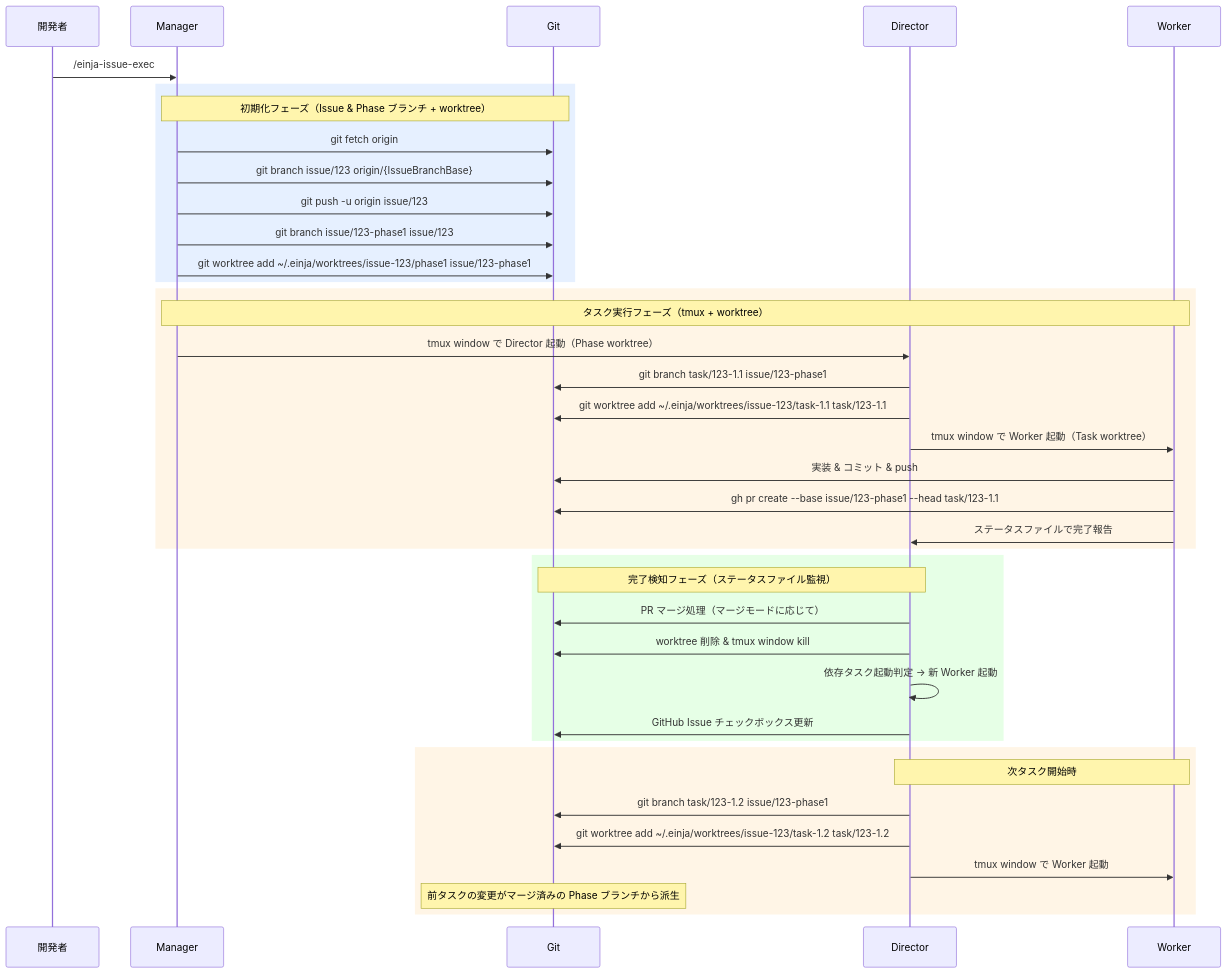
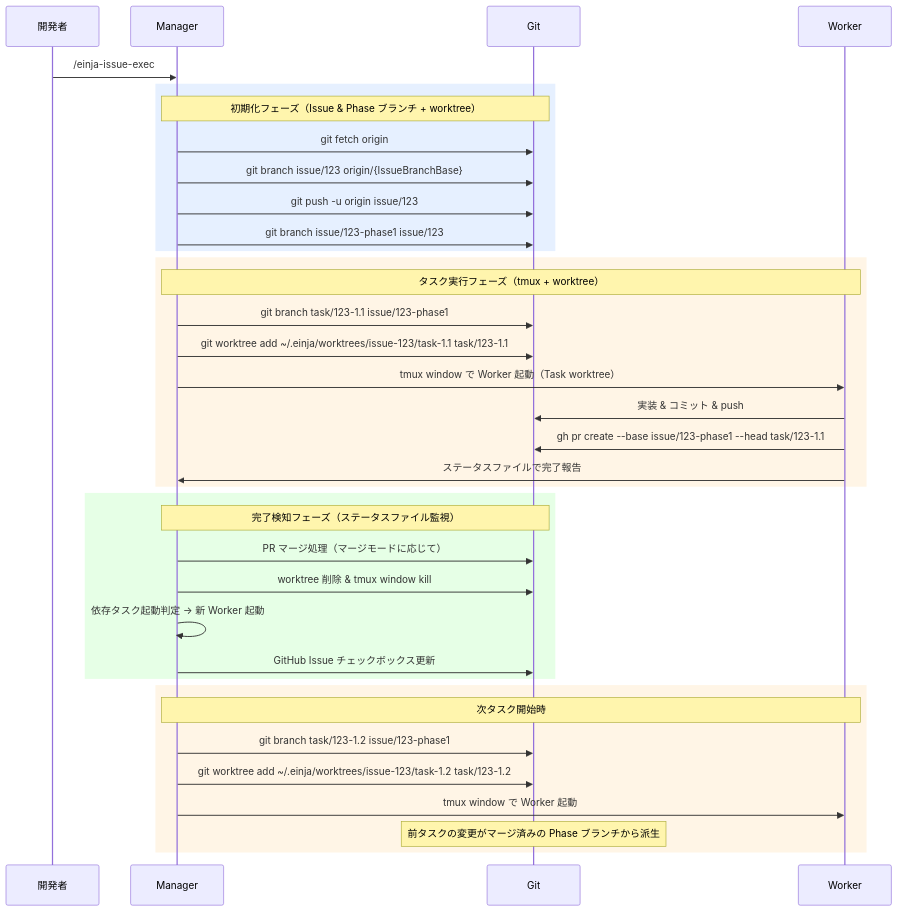
The second of 5 diagrams in docs/einja/steering/branch-strategy.md (einja-inc/einja-management-template), drawn with Mermaid before and after one commit. The commit also changed other lines of this file and 4 other files, not shown here.

First line of the commit message:
feat: einja-issue-exec 2階層化・Agent toolフォールバック追加

````diff
--- a/docs/einja/steering/branch-strategy.md
+++ b/docs/einja/steering/branch-strategy.md
@@ -91,46 +91,43 @@
 ```mermaid
 sequenceDiagram
     participant User as 開発者
     participant Mgr as Manager
     participant Git as Git
-    participant Dir as Director
     participant Wkr as Worker
 
     User->>Mgr: /einja-issue-exec #123
 
     rect rgb(230,240,255)
         Note over Mgr,Git: 初期化フェーズ（Issue & Phase ブランチ + worktree）
         Mgr->>Git: git fetch origin
         Mgr->>Git: git branch issue/123 origin/{IssueBranchBase}
         Mgr->>Git: git push -u origin issue/123
         Mgr->>Git: git branch issue/123-phase1 issue/123
-        Mgr->>Git: git worktree add ~/.einja/worktrees/issue-123/phase1 issue/123-phase1
     end
 
     rect rgb(255,245,230)
         Note over Mgr,Wkr: タスク実行フェーズ（tmux + worktree）
-        Mgr->>Dir: tmux window で Director 起動（Phase worktree）
-        Dir->>Git: git branch task/123-1.1 issue/123-phase1
-        Dir->>Git: git worktree add ~/.einja/worktrees/issue-123/task-1.1 task/123-1.1
-        Dir->>Wkr: tmux window で Worker 起動（Task worktree）
+        Mgr->>Git: git branch task/123-1.1 issue/123-phase1
+        Mgr->>Git: git worktree add ~/.einja/worktrees/issue-123/task-1.1 task/123-1.1
+        Mgr->>Wkr: tmux window で Worker 起動（Task worktree）
         Wkr->>Git: 実装 & コミット & push
         Wkr->>Git: gh pr create --base issue/123-phase1 --head task/123-1.1
-        Wkr->>Dir: ステータスファイルで完了報告
+        Wkr->>Mgr: ステータスファイルで完了報告
     end
 
     rect rgb(230,255,230)
-        Note over Dir,Git: 完了検知フェーズ（ステータスファイル監視）
-        Dir->>Git: PR マージ処理（マージモードに応じて）
-        Dir->>Git: worktree 削除 & tmux window kill
-        Dir->>Dir: 依存タスク起動判定 → 新 Worker 起動
-        Dir->>Git: GitHub Issue チェックボックス更新
+        Note over Mgr,Git: 完了検知フェーズ（ステータスファイル監視）
+        Mgr->>Git: PR マージ処理（マージモードに応じて）
+        Mgr->>Git: worktree 削除 & tmux window kill
+        Mgr->>Mgr: 依存タスク起動判定 → 新 Worker 起動
+        Mgr->>Git: GitHub Issue チェックボックス更新
     end
 
     rect rgb(255,245,230)
-        Note over Dir,Wkr: 次タスク開始時
-        Dir->>Git: git branch task/123-1.2 issue/123-phase1
-        Dir->>Git: git worktree add ~/.einja/worktrees/issue-123/task-1.2 task/123-1.2
-        Dir->>Wkr: tmux window で Worker 起動
+        Note over Mgr,Wkr: 次タスク開始時
+        Mgr->>Git: git branch task/123-1.2 issue/123-phase1
+        Mgr->>Git: git worktree add ~/.einja/worktrees/issue-123/task-1.2 task/123-1.2
+        Mgr->>Wkr: tmux window で Worker 起動
         Note over Git: 前タスクの変更がマージ済みの Phase ブランチから派生
     end
 ```
````
